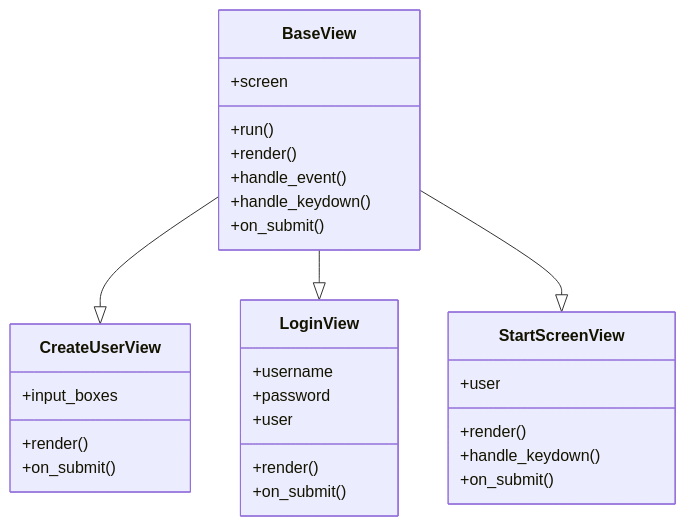
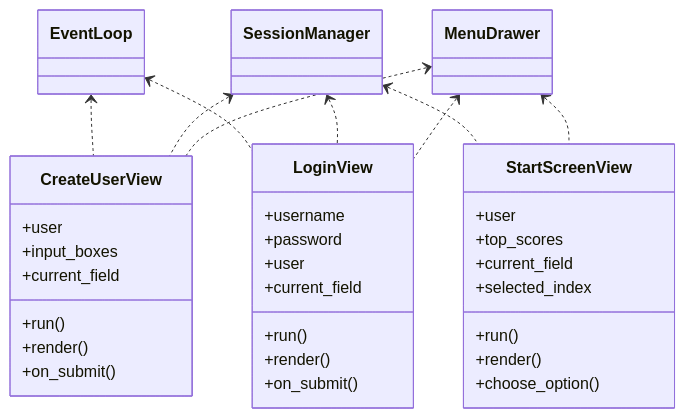
One commit to Tapir79/ot-harjoitustyo changed the third of 14 diagrams in dokumentaatio/arkkitehtuuri.md. Above: the diagram before and after it, drawn with Mermaid. The commit also changed other lines of this file and 3 other files, not shown here.

````diff
--- a/dokumentaatio/arkkitehtuuri.md
+++ b/dokumentaatio/arkkitehtuuri.md
@@ -41,39 +44,49 @@
 ```mermaid 
-classDiagram
+ classDiagram
 
-    class BaseView {
-        +screen
-        +run()
-        +render()
-        +handle_event()
-        +handle_keydown()
-        +on_submit()
-    }
+    class MenuDrawer
+    class SessionManager
+    class EventLoop
 
     class CreateUserView {
+        +user
         +input_boxes
+        +current_field
+        +run()
         +render()
         +on_submit()
     }
 
     class LoginView {
         +username
         +password
         +user
+        +current_field
+        +run()
         +render()
         +on_submit()
     }
 
     class StartScreenView {
         +user
+        +top_scores
+        +current_field
+        +selected_index
+        +run()
         +render()
-        +handle_keydown()
-        +on_submit()
+        +choose_option()
     }
 
-    %% Inheritance
-    BaseView --|>  CreateUserView 
-    BaseView --|>  LoginView 
-    BaseView --|>  StartScreenView
+    %% Composition (providers at the top)
+    MenuDrawer <.. CreateUserView
+    MenuDrawer <.. LoginView
+    MenuDrawer <.. StartScreenView
+
+    SessionManager <.. CreateUserView
+    SessionManager <.. LoginView
+    SessionManager <.. StartScreenView
+
+    EventLoop <.. CreateUserView
+    EventLoop <.. LoginView
 
 ```
````
